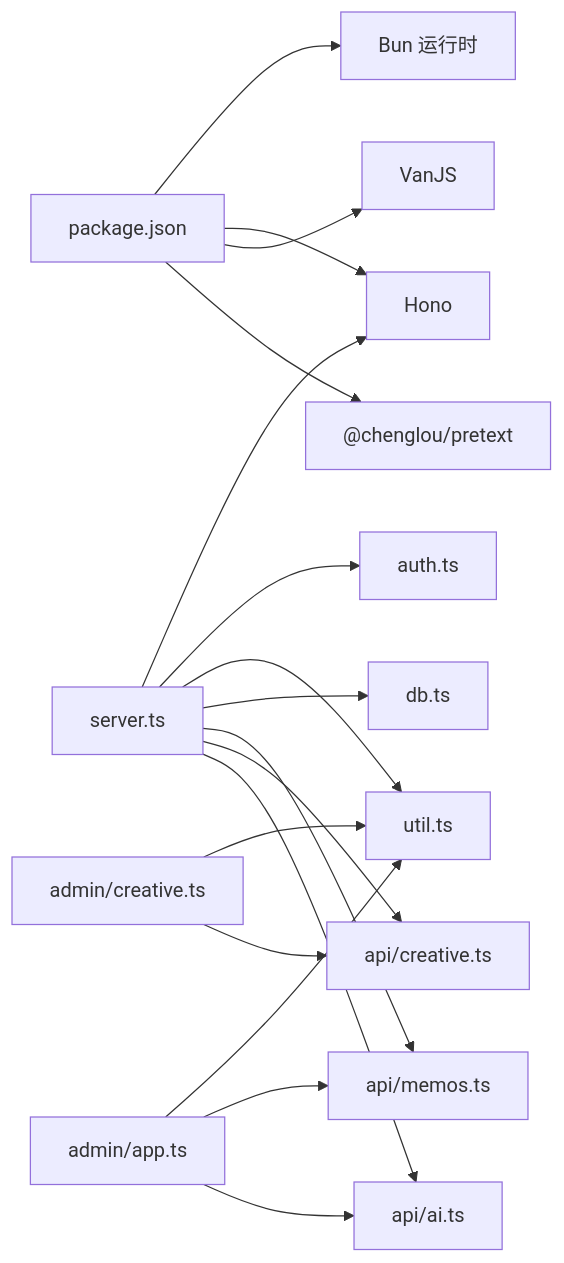
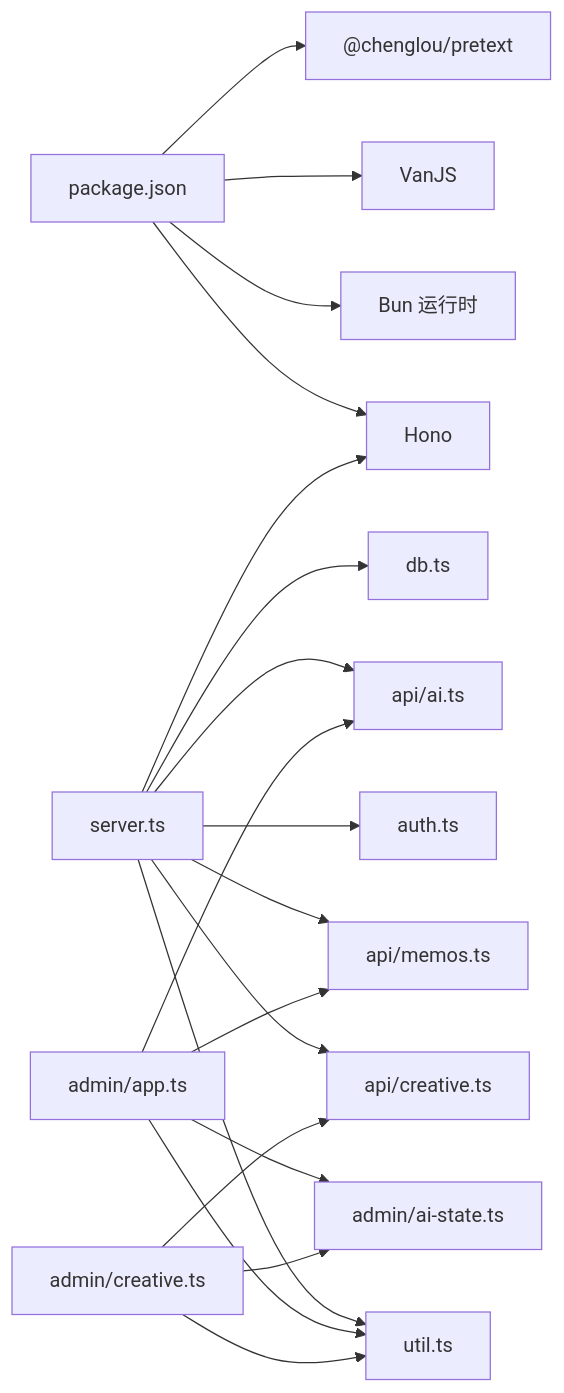
The sixth of 6 diagrams in .qoder/repowiki/zh/content/核心功能/管理后台系统.md (BlackBoxRecorder/memos), drawn with Mermaid before and after one commit. The commit also changed other lines of this file and 6 other files, not shown here.

````diff
--- a/.qoder/repowiki/zh/content/核心功能/管理后台系统.md
+++ b/.qoder/repowiki/zh/content/核心功能/管理后台系统.md
@@ -331,19 +386,21 @@
 ```mermaid
 graph LR
 P["package.json"] --> Bun["Bun 运行时"]
 P --> Hono["Hono"]
 P --> Van["VanJS"]
 P --> Pretext["@chenglou/pretext"]
 Server["server.ts"] --> Hono
 Server --> Auth["auth.ts"]
 Server --> Util["util.ts"]
 Server --> DB["db.ts"]
 Server --> API_MEMOS["api/memos.ts"]
 Server --> API_CREATIVE["api/creative.ts"]
 Server --> API_AI["api/ai.ts"]
 Admin_APP["admin/app.ts"] --> Util
 Admin_APP --> API_MEMOS
 Admin_APP --> API_AI
+Admin_APP --> AI_STATE["admin/ai-state.ts"]
 Admin_Creative["admin/creative.ts"] --> Util
 Admin_Creative --> API_CREATIVE
+Admin_Creative --> AI_STATE
 ```
````
